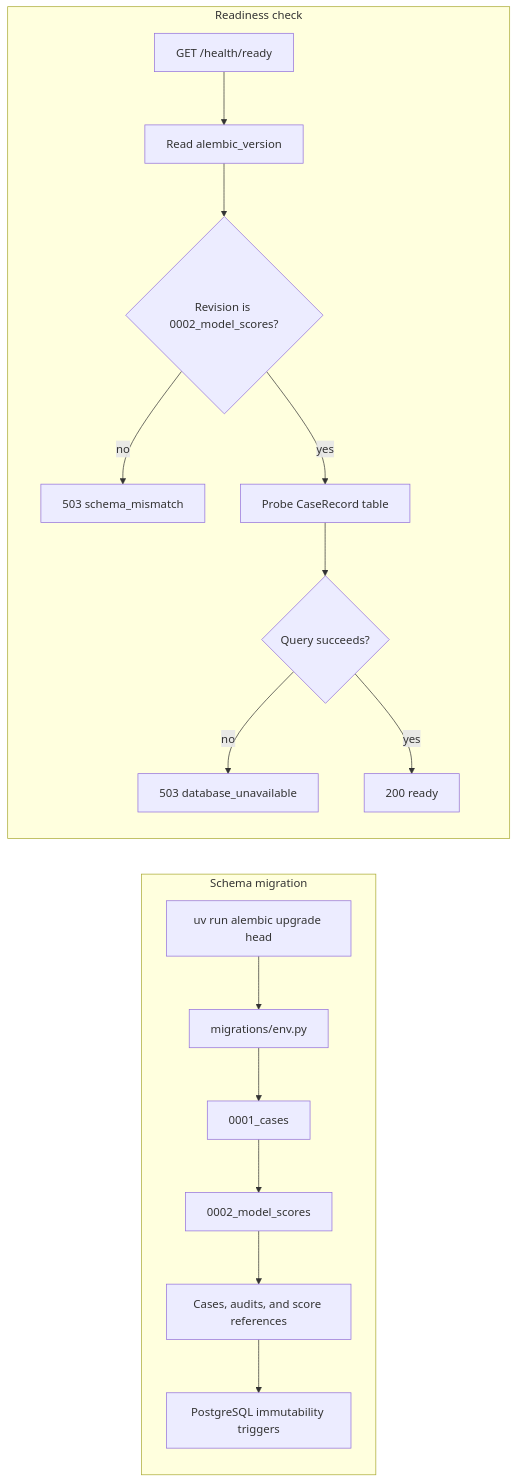
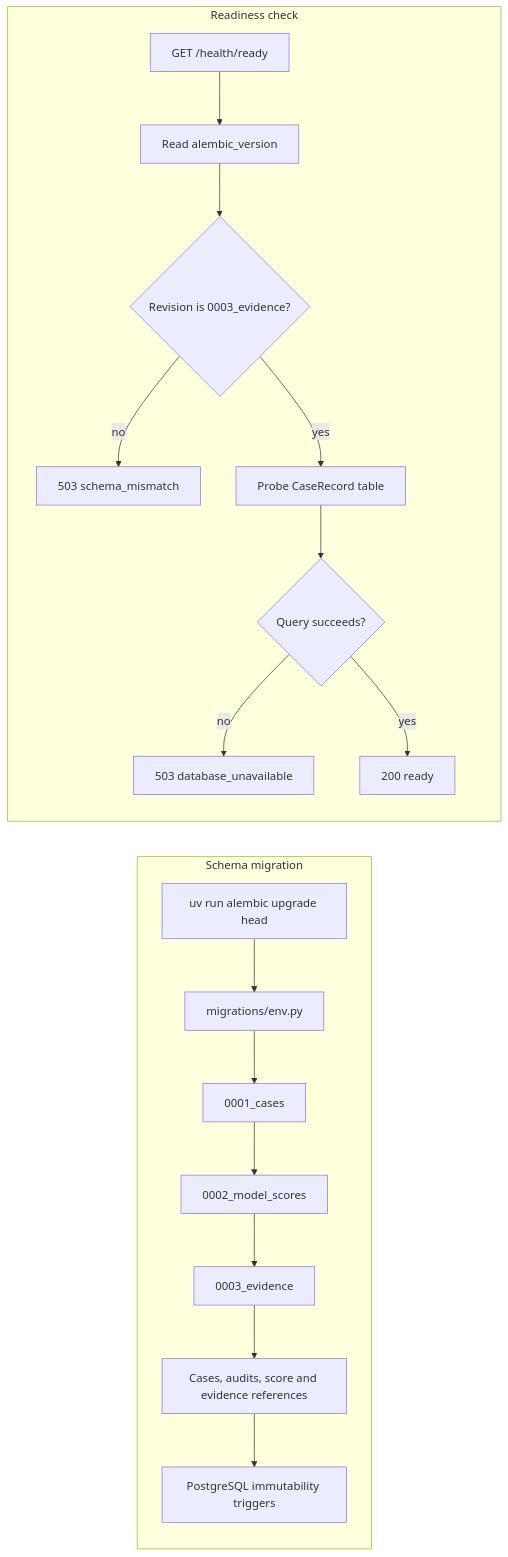
Before and after one commit to sumanthreddy369/agentic-fraud-investigation-platform: the eighth of 9 diagrams in README.md, drawn with Mermaid. The commit also changed other lines of this file and 13 other files, not shown here.

Commit message:
feat: persist immutable case evidence references

````diff
--- a/README.md
+++ b/README.md
@@ -302,19 +348,20 @@
 ```mermaid
 flowchart LR
     subgraph Migration["Schema migration"]
         Command["uv run alembic upgrade head"] --> Env["migrations/env.py"]
         Env --> First["0001_cases"]
         First --> Second["0002_model_scores"]
-        Second --> Schema["Cases, audits, and score references"]
+        Second --> Third["0003_evidence"]
+        Third --> Schema["Cases, audits, score and evidence references"]
         Schema --> Triggers["PostgreSQL immutability triggers"]
     end
     subgraph Runtime["Readiness check"]
         Probe["GET /health/ready"] --> Revision["Read alembic_version"]
-        Revision --> Current{"Revision is 0002_model_scores?"}
+        Revision --> Current{"Revision is 0003_evidence?"}
         Current -->|no| NotReady["503 schema_mismatch"]
         Current -->|yes| Table["Probe CaseRecord table"]
         Table --> Available{"Query succeeds?"}
         Available -->|no| DatabaseError["503 database_unavailable"]
         Available -->|yes| Ready["200 ready"]
     end
 ```
````
